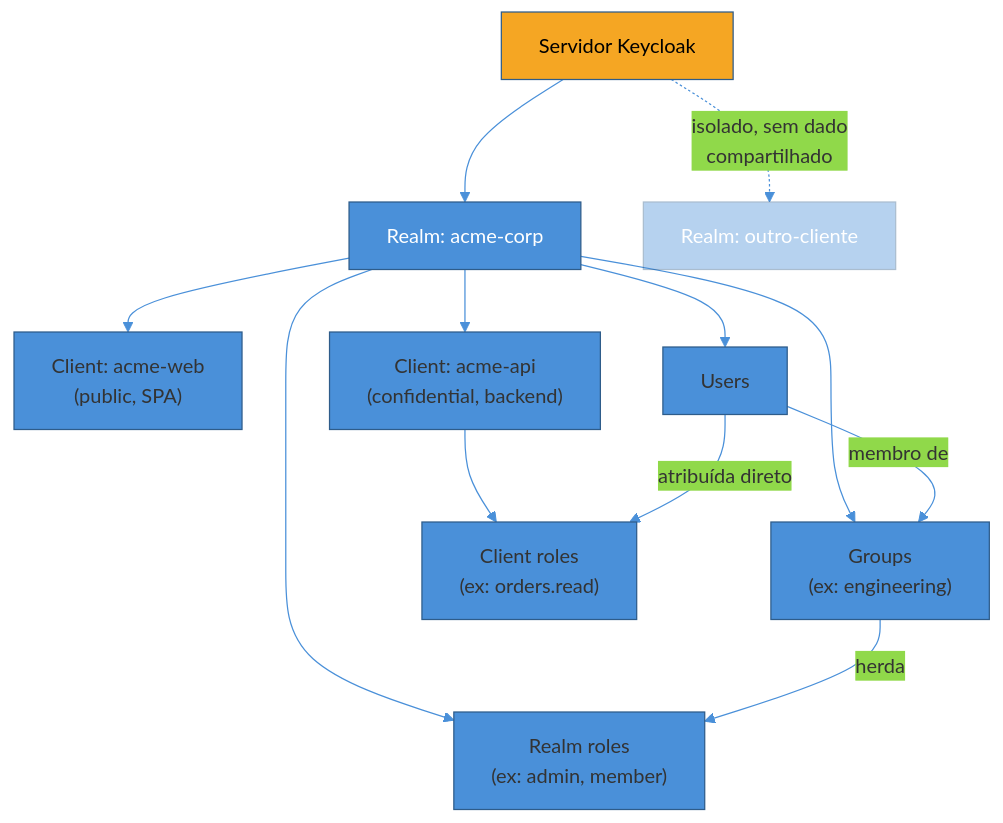
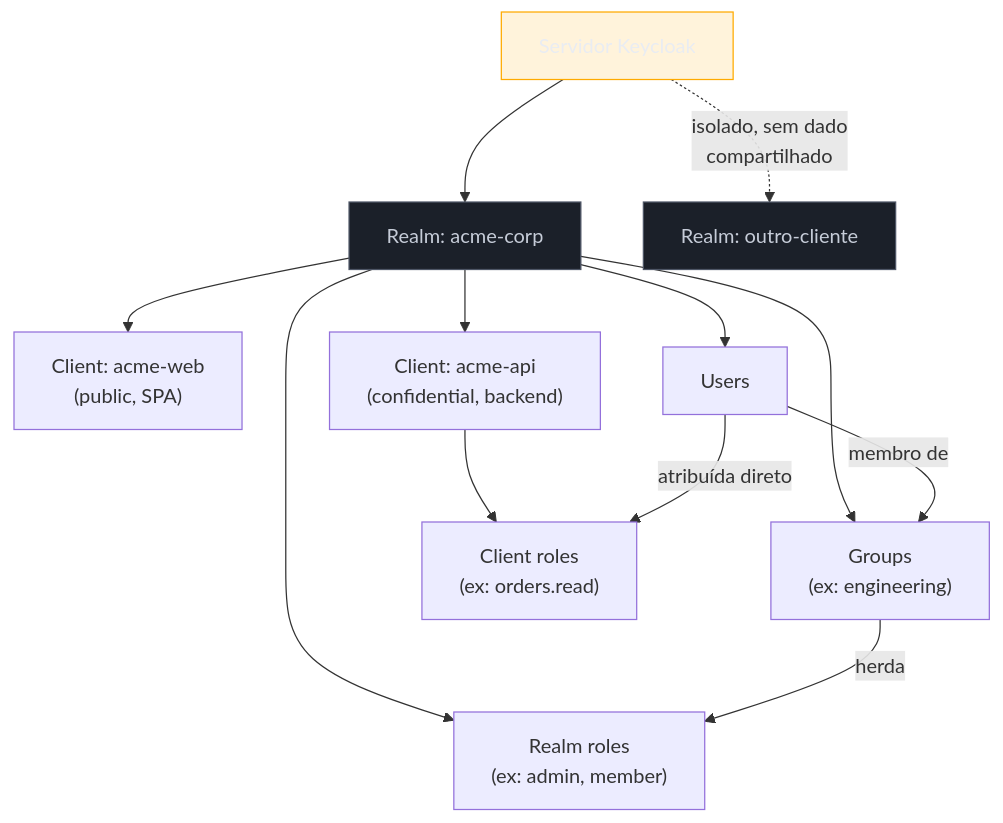
The first of 2 diagrams in 03-Dominios/Engenharia/Auth e Identidade/5 - Keycloak/01 - Keycloak — realms, clients e flows.md (josenaldo/codex-technomanticus), drawn with Mermaid before and after one commit. The commit also changed other lines of this file and 1181 other files, not shown here.

First line of the commit message:
fix(diagramas): paleta do sistema no lugar de cor cravada no markdown

````diff
--- a/03-Dominios/Engenharia/Auth e Identidade/5 - Keycloak/01 - Keycloak — realms, clients e flows.md
+++ b/03-Dominios/Engenharia/Auth e Identidade/5 - Keycloak/01 - Keycloak — realms, clients e flows.md
@@ -50,21 +50,22 @@
 ```mermaid
-%%{init: {"theme": "base", "themeVariables": {"primaryColor": "#4A90D9", "primaryBorderColor": "#2E5C8A", "lineColor": "#4A90D9"}}}%%
 graph TD
+    classDef neutro fill:#1B2029,stroke:#4E5666,color:#C6CCD8
+    classDef destaque fill:#FFAA0024,stroke:#FFAA00,color:#E9ECF2
     KC["Servidor Keycloak"] --> R1["Realm: acme-corp"]
     KC -.->|"isolado, sem dado<br/>compartilhado"| R2["Realm: outro-cliente"]
 
     R1 --> C1["Client: acme-web<br/>(public, SPA)"]
     R1 --> C2["Client: acme-api<br/>(confidential, backend)"]
     R1 --> U1["Users"]
     R1 --> RL1["Realm roles<br/>(ex: admin, member)"]
     R1 --> G1["Groups<br/>(ex: engineering)"]
 
     C2 --> CR1["Client roles<br/>(ex: orders.read)"]
     U1 -->|"membro de"| G1
     G1 -->|"herda"| RL1
     U1 -->|"atribuída direto"| CR1
 
-    style R1 fill:#4A90D9,color:#fff
-    style R2 fill:#4A90D9,color:#fff,opacity:0.4
-    style KC fill:#F5A623,color:#000
+    class R1 neutro
+    class R2 neutro
+    class KC destaque
 ```
````
